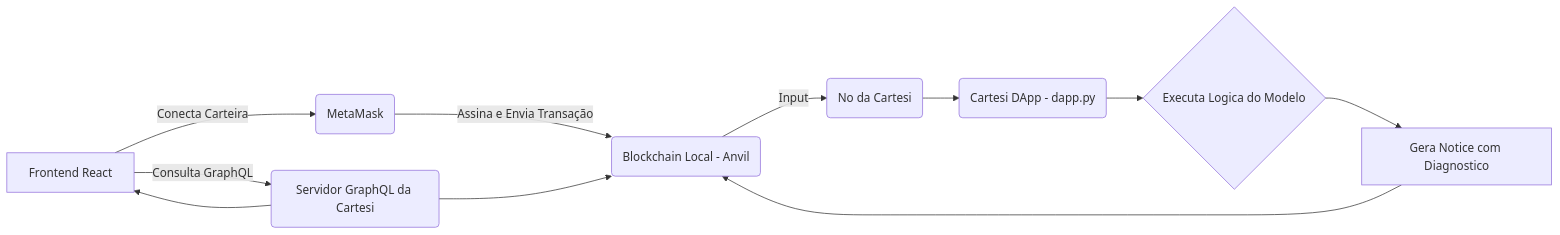
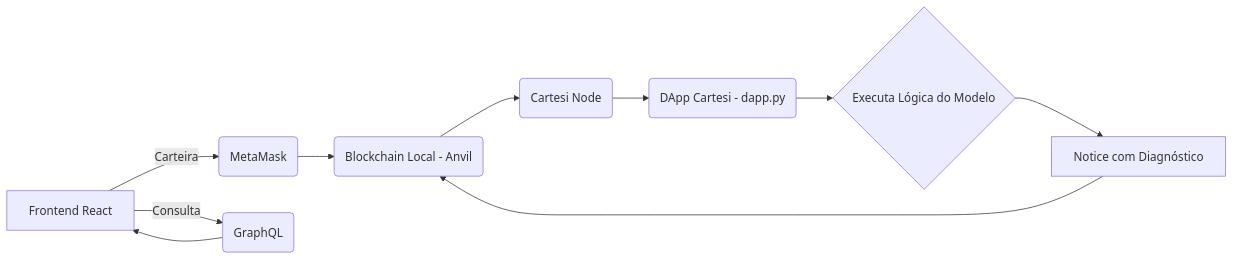
The second of 2 diagrams in README.md (bisnet0/EpiScope---Disease-Data-Analyzer), drawn with Mermaid before and after one commit. The commit also changed other lines of this file, not shown here.

````diff
--- a/README.md
+++ b/README.md
@@ -64,13 +65,12 @@
 ```mermaid
 graph LR
-    A[Frontend React] -->|Conecta Carteira| B(MetaMask)
-    B -->|Assina e Envia Transação| C(Blockchain Local - Anvil)
-    C -->|Input| D(No da Cartesi)
-    D --> E(Cartesi DApp - dapp.py)
-    E --> F{Executa Logica do Modelo}
-    F --> G[Gera Notice com Diagnostico]
+    A[Frontend React] -->|Carteira| B(MetaMask)
+    B --> C(Blockchain Local - Anvil)
+    C --> D(Cartesi Node)
+    D --> E(DApp Cartesi - dapp.py)
+    E --> F{Executa Lógica do Modelo}
+    F --> G[Notice com Diagnóstico]
     G --> C
-    A -->|Consulta GraphQL| H(Servidor GraphQL da Cartesi)
-    H --> C
+    A -->|Consulta| H(GraphQL)
     H --> A
 ```
````
